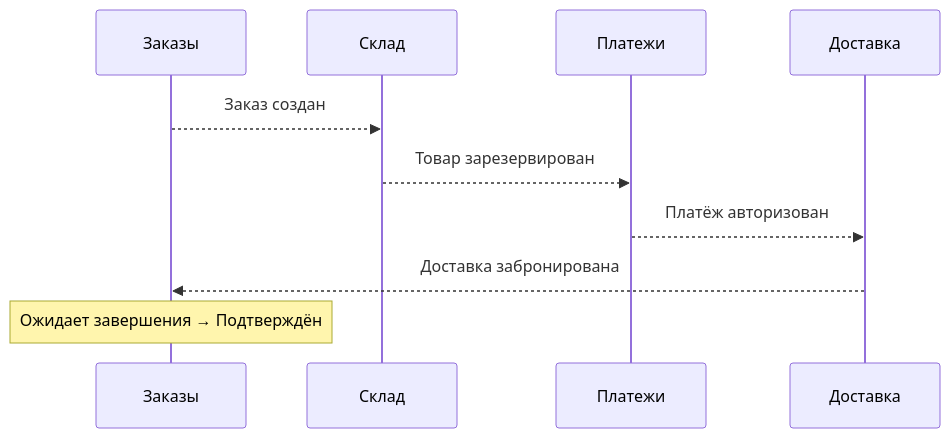
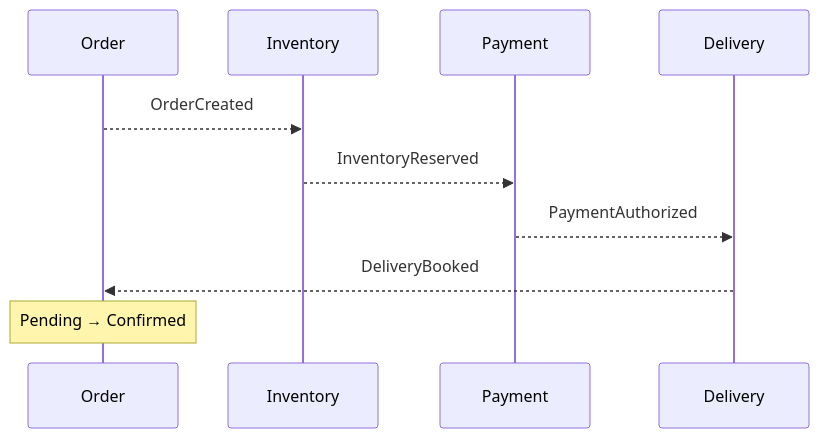
Before and after one commit to UsingCoding/rp-slides: the first of 5 diagrams in lectures/01-saga-intro/sections/04-choreography.md, drawn with Mermaid. The commit also changed other lines of this file and 16 other files, not shown here.

````diff
--- a/lectures/01-saga-intro/sections/04-choreography.md
+++ b/lectures/01-saga-intro/sections/04-choreography.md
@@ -22,12 +16,12 @@
 ```mermaid
 sequenceDiagram
-    participant O as Заказы
-    participant I as Склад
-    participant P as Платежи
-    participant D as Доставка
-    O-->>I: Заказ создан
-    I-->>P: Товар зарезервирован
-    P-->>D: Платёж авторизован
-    D-->>O: Доставка забронирована
-    Note over O: Ожидает завершения → Подтверждён
+    participant O as Order
+    participant I as Inventory
+    participant P as Payment
+    participant D as Delivery
+    O-->>I: OrderCreated
+    I-->>P: InventoryReserved
+    P-->>D: PaymentAuthorized
+    D-->>O: DeliveryBooked
+    Note over O: Pending → Confirmed
 ```
````
